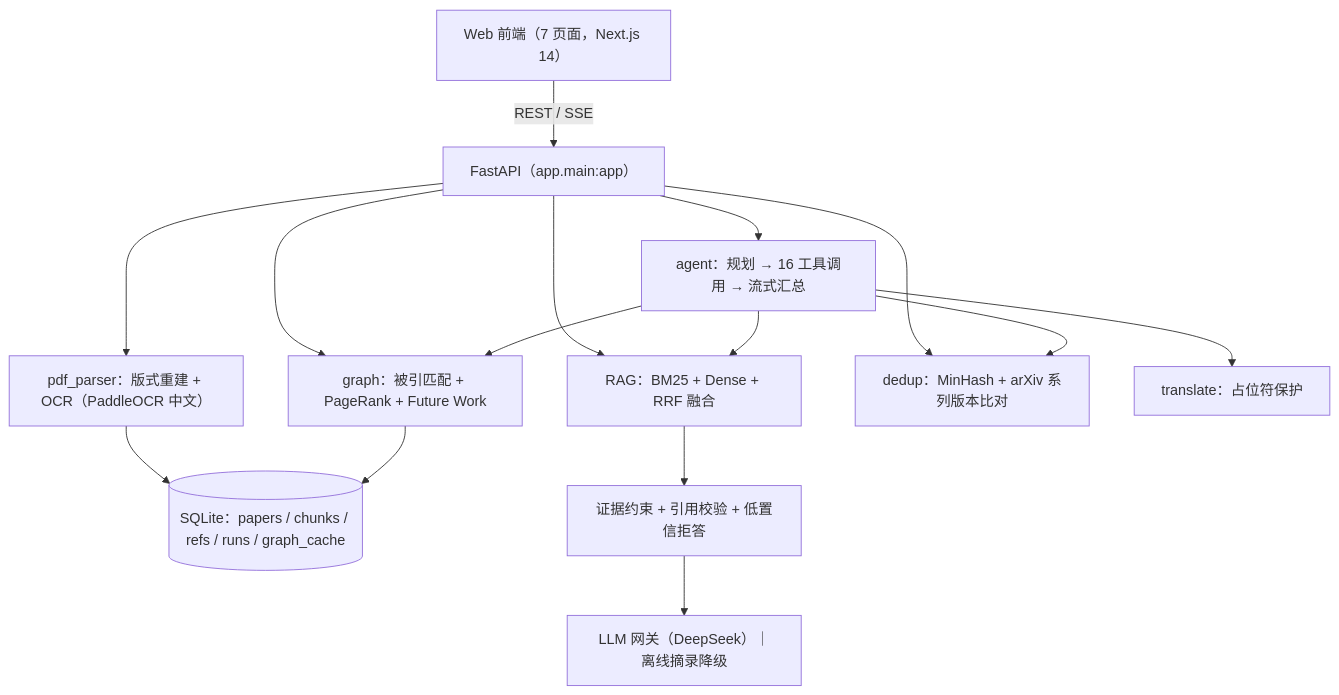
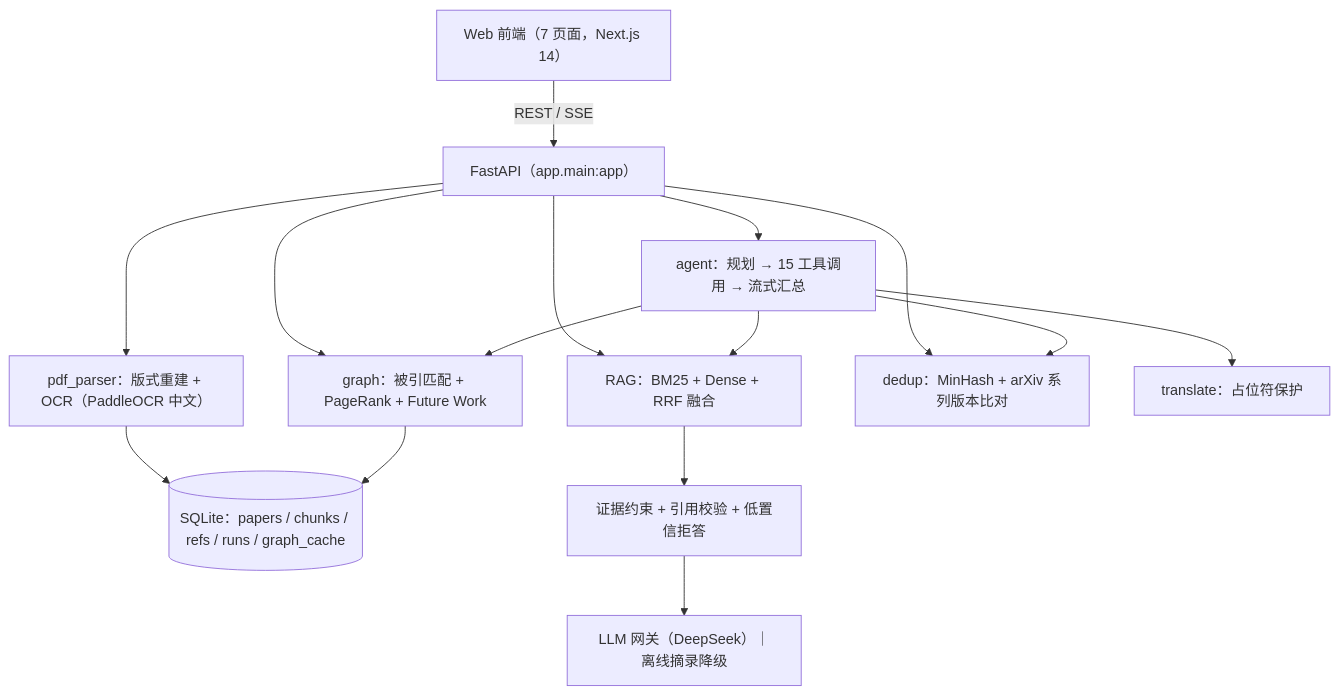
The diagram in README.md (zyt88888/research-copilot), drawn with Mermaid before and after one commit. The commit also changed other lines of this file and 3 other files, not shown here.

````diff
--- a/README.md
+++ b/README.md
@@ -361,14 +361,14 @@
 ```mermaid
 flowchart TD
     UI["Web 前端（7 页面，Next.js 14）"] -->|REST / SSE| API["FastAPI（app.main:app）"]
     API --> PARSE["pdf_parser：版式重建 + OCR（PaddleOCR 中文）"]
     PARSE --> DB[("SQLite：papers / chunks / refs / runs / graph_cache")]
     API --> RAG["RAG：BM25 + Dense + RRF 融合"]
     RAG --> GUARD["证据约束 + 引用校验 + 低置信拒答"]
     GUARD --> LLM["LLM 网关（DeepSeek）｜离线摘录降级"]
     API --> GRAPH["graph：被引匹配 + PageRank + Future Work"]
     GRAPH --> DB
     API --> DEDUP["dedup：MinHash + arXiv 系列版本比对"]
-    API --> AGENT["agent：规划 → 16 工具调用 → 流式汇总"]
+    API --> AGENT["agent：规划 → 15 工具调用 → 流式汇总"]
     AGENT --> RAG & GRAPH & DEDUP & TRANS["translate：占位符保护"]
 ```
````
